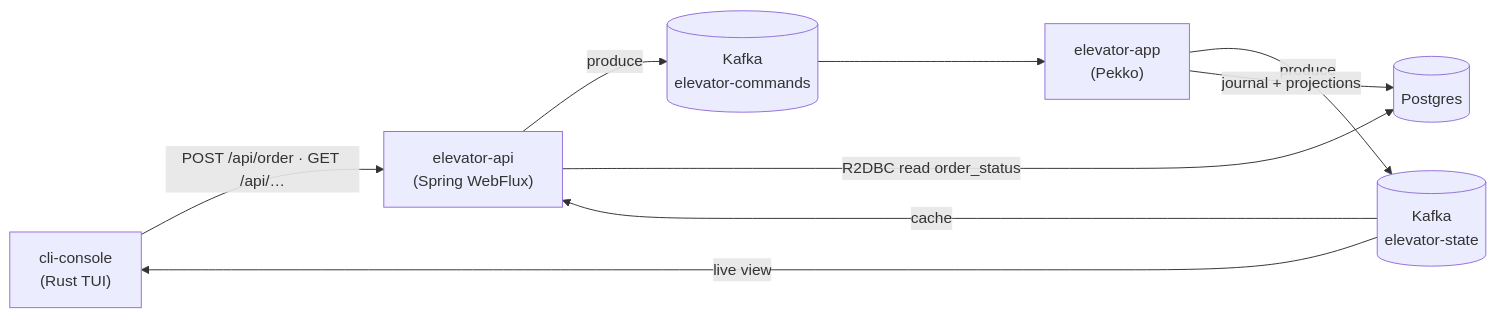
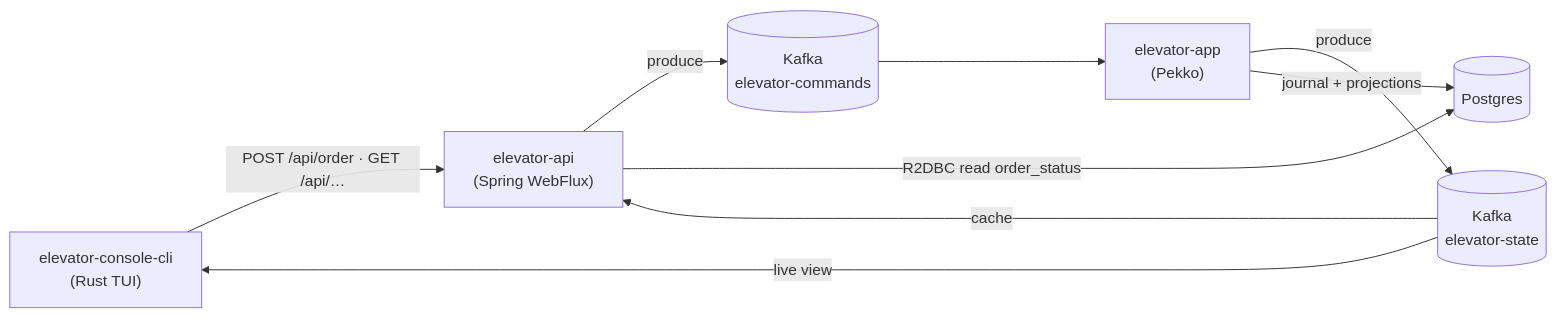
One commit to TwistedLady/elevator-system changed the diagram in docs/architecture.md. Above: the diagram before and after it, drawn with Mermaid. The commit also changed other lines of this file and 70 other files, not shown here.

First line of the commit message:
Rename console modules to elevator-console-{cli,web}

````diff
--- a/docs/architecture.md
+++ b/docs/architecture.md
@@ -23,17 +23,17 @@
 ```mermaid
 flowchart LR
-  console["cli-console<br/>(Rust TUI)"]
+  console["elevator-console-cli<br/>(Rust TUI)"]
   api["elevator-api<br/>(Spring WebFlux)"]
   app["elevator-app<br/>(Pekko)"]
   cmd[("Kafka<br/>elevator-commands")]
   state[("Kafka<br/>elevator-state")]
   pg[("Postgres")]
 
   console -->|"POST /api/order · GET /api/…"| api
   api -->|produce| cmd --> app
   app -->|produce| state
   state -->|cache| api
   state -->|live view| console
   app -->|journal + projections| pg
   api -->|"R2DBC read order_status"| pg
 ```
````
